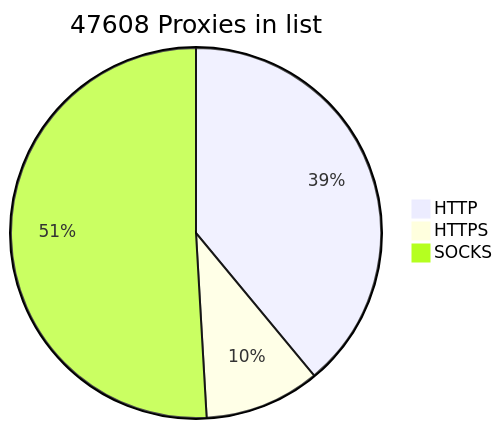
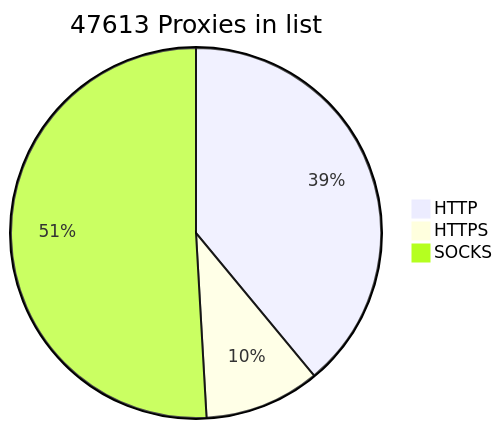
The diagram in README.md (BlackSnowDot/proxylist-update-every-minute), drawn with Mermaid before and after one commit.

````diff
--- a/README.md
+++ b/README.md
@@ -2,6 +2,6 @@
 ```mermaid
-pie title 47608 Proxies in list
-    "HTTP" : 20350
-    "HTTPS": 5269
+pie title 47613 Proxies in list
+    "HTTP" : 20356
+    "HTTPS": 5272
     "SOCKS" : 26578
 ```
````
